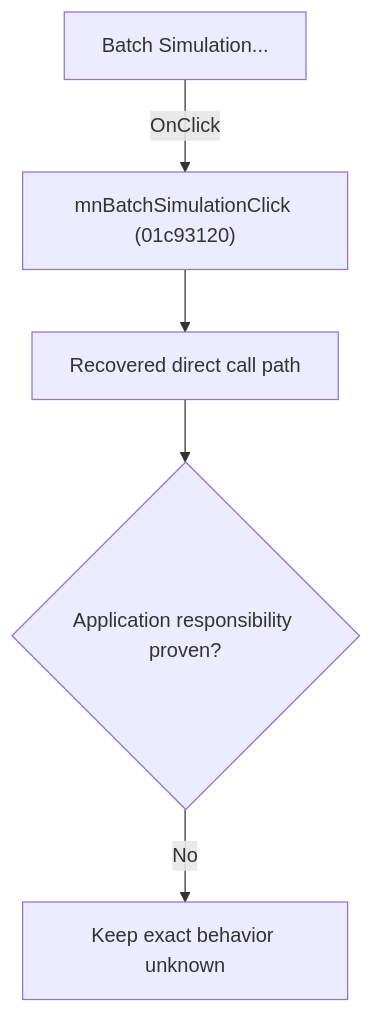
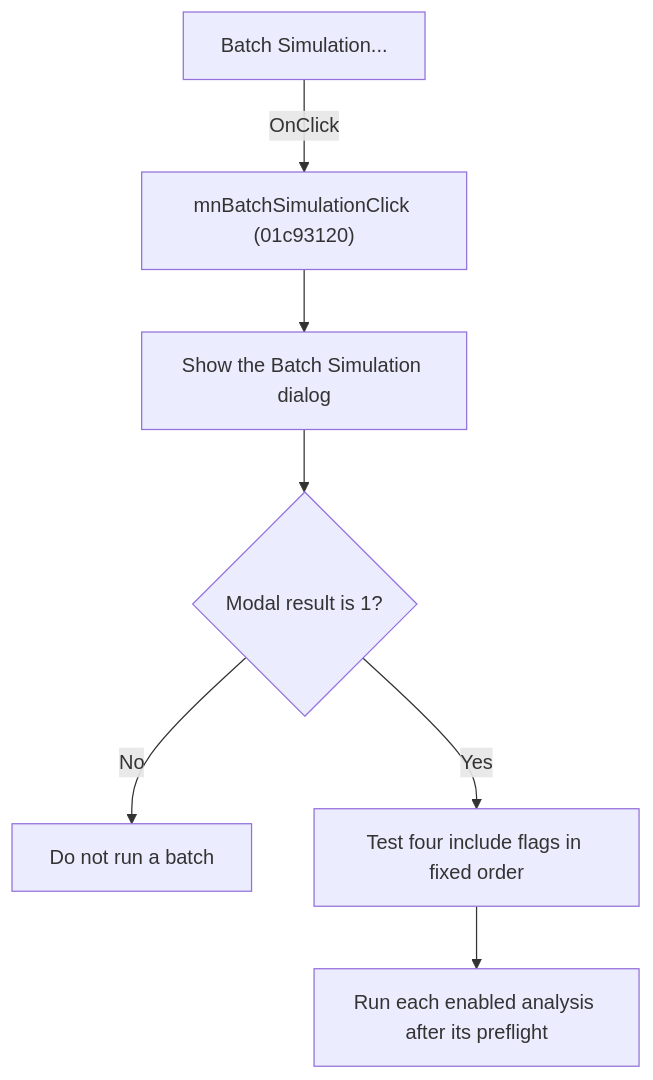
Before and after one commit to MovGP0/TIARA: the diagram in docs/ui-controls/schematiceditor/mnbatchsimulation-50ef2d9a4f.md, drawn with Mermaid. The commit also changed other lines of this file and 241 other files, not shown here.

````diff
--- a/docs/ui-controls/schematiceditor/mnbatchsimulation-50ef2d9a4f.md
+++ b/docs/ui-controls/schematiceditor/mnbatchsimulation-50ef2d9a4f.md
@@ -27,7 +25,9 @@
 ```mermaid
 flowchart TD
     control["Batch Simulation..."] -->|"OnClick"| handler["mnBatchSimulationClick (01c93120)"]
-    handler --> recovered["Recovered direct call path"]
-    recovered --> gap{"Application responsibility proven?"}
-    gap -->|"No"| blocked["Keep exact behavior unknown"]
+    handler --> modal["Show the Batch Simulation dialog"]
+    modal --> accepted{"Modal result is 1?"}
+    accepted -->|"No"| stop["Do not run a batch"]
+    accepted -->|"Yes"| dispatch["Test four include flags in fixed order"]
+    dispatch --> run["Run each enabled analysis after its preflight"]
 ```
````
